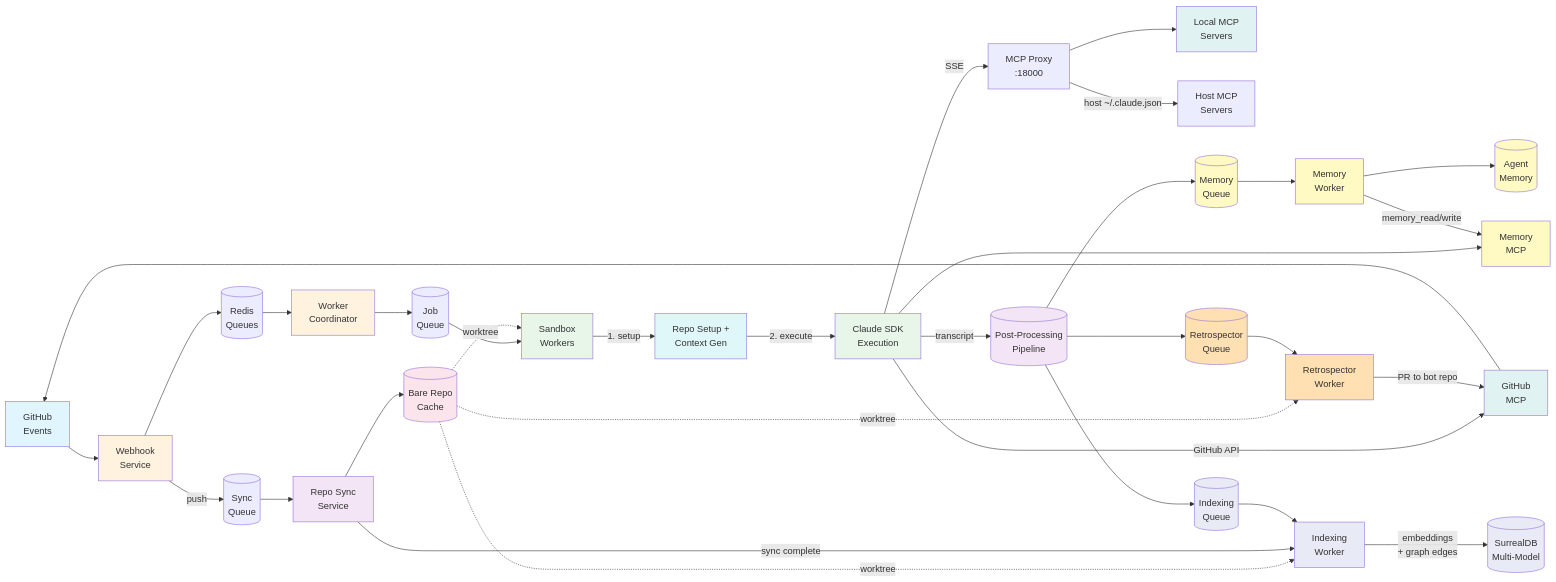
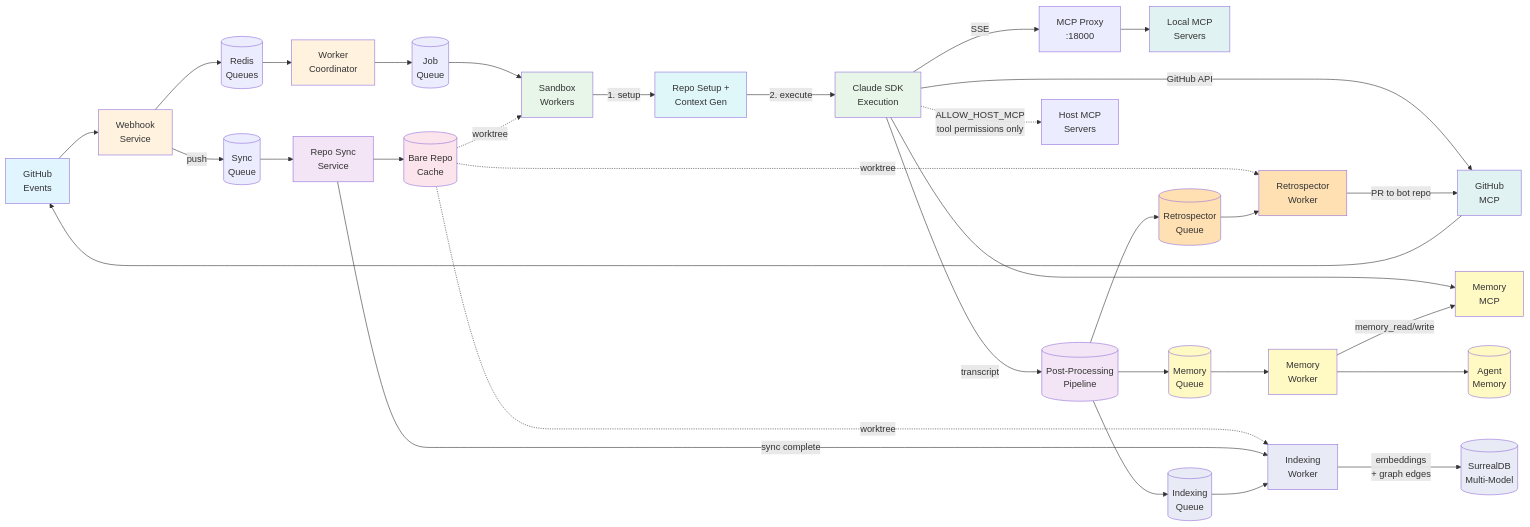
One commit to GabsFranke/claude-code-github-agent changed the diagram in docs/ARCHITECTURE.md. Above: the diagram before and after it, drawn with Mermaid. The commit also changed other lines of this file and 3 other files, not shown here.

Commit message:
docs: enhance documentation for ALLOW_HOST_MCP configuration and host MCP server integration

````diff
--- a/docs/ARCHITECTURE.md
+++ b/docs/ARCHITECTURE.md
@@ -35,66 +35,66 @@
 ```mermaid
 flowchart LR
     GH[GitHub<br/>Events] --> WH[Webhook<br/>Service]
 
     WH --> RQ[(Redis<br/>Queues)]
     WH --> |push| SYNCQ[(Sync<br/>Queue)]
 
     RQ --> W[Worker<br/>Coordinator]
     SYNCQ --> RS[Repo Sync<br/>Service]
 
     W --> JQ[(Job<br/>Queue)]
     RS --> CACHE[(Bare Repo<br/>Cache)]
 
     JQ --> SW[Sandbox<br/>Workers]
     CACHE -.->|worktree| SW
     CACHE -.->|worktree| IDX
     CACHE -.->|worktree| RETRO
 
     SW --> |1. setup| PREP[Repo Setup +<br/>Context Gen]
     PREP --> |2. execute| AGENT[Claude SDK<br/>Execution]
 
     AGENT --> |GitHub API| MCP[GitHub<br/>MCP]
     AGENT --> |transcript| PP[(Post-Processing<br/>Pipeline)]
     AGENT --> MEM_MCP[Memory<br/>MCP]
     AGENT --> |SSE| MCPPROXY[MCP Proxy<br/>:18000]
     MCPPROXY --> LOCAL_MCP[Local MCP<br/>Servers]
-    MCPPROXY --> |host ~/.claude.json| HOST_MCP[Host MCP<br/>Servers]
+    AGENT -.-> |ALLOW_HOST_MCP<br/>tool permissions only| HOST_MCP[Host MCP<br/>Servers]
 
     PP --> MEMQ[(Memory<br/>Queue)]
     PP --> RETROQ[(Retrospector<br/>Queue)]
     PP --> IDXQ[(Indexing<br/>Queue)]
 
     MEMQ --> MW[Memory<br/>Worker]
     MW --> |memory_read/write| MEM_MCP
     MW --> MEM_VOL[(Agent<br/>Memory)]
 
     RETROQ --> RETRO[Retrospector<br/>Worker]
     RETRO --> |PR to bot repo| MCP
 
     RS --> |sync complete| IDX[Indexing<br/>Worker]
     IDXQ --> IDX
     IDX --> |"embeddings<br/>+ graph edges"| SURREAL[(SurrealDB<br/>Multi-Model)]
 
     MCP --> GH
 
     style GH fill:#e1f5ff
     style WH fill:#fff3e0
     style W fill:#fff3e0
     style RS fill:#f3e5f5
     style SW fill:#e8f5e9
     style PREP fill:#e0f7fa
     style AGENT fill:#e8f5e9
     style CACHE fill:#fce4ec
     style MCP fill:#e0f2f1
     style MW fill:#fff9c4
     style MEM_MCP fill:#fff9c4
     style MEM_VOL fill:#fff9c4
     style MEMQ fill:#fff9c4
     style RETRO fill:#ffe0b2
     style RETROQ fill:#ffe0b2
     style PP fill:#f3e5f5
     style IDX fill:#e8eaf6
     style SURREAL fill:#e8eaf6
     style IDXQ fill:#e8eaf6
     style LOCAL_MCP fill:#e0f2f1
 ```
````
